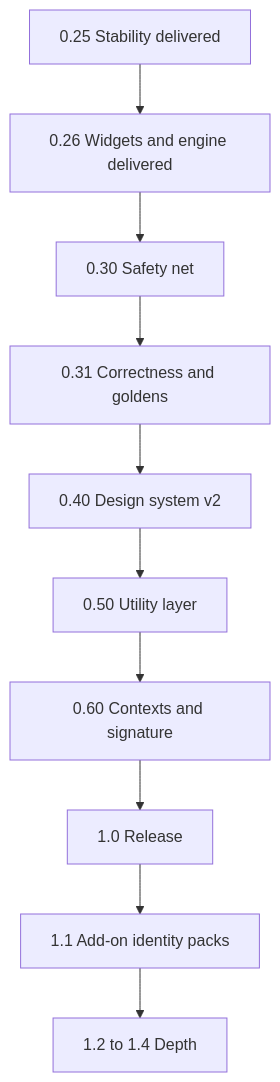
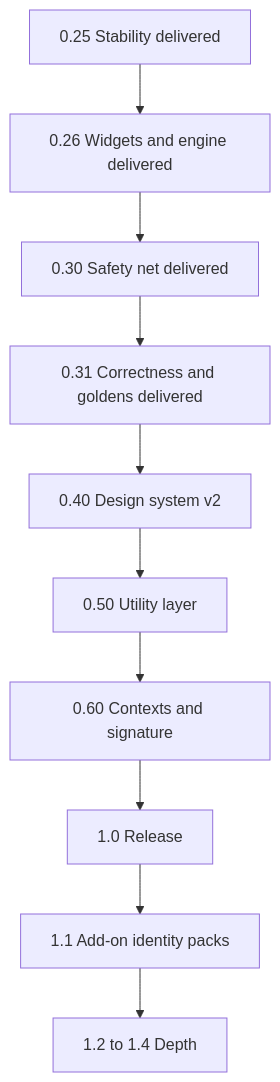
The diagram in logics/roadmap/road_001_archeotech_shell.md (Nicolas-Rigaudy/archeotech-dotfiles), drawn with Mermaid before and after one commit. The commit also changed other lines of this file, not shown here.

Commit message:
docs(roadmap): mark 0.30 and 0.31 delivered

````diff
--- a/logics/roadmap/road_001_archeotech_shell.md
+++ b/logics/roadmap/road_001_archeotech_shell.md
@@ -18,14 +18,14 @@
 ```mermaid
 flowchart TD
   A[0.25 Stability delivered]
   B[0.26 Widgets and engine delivered]
-  C[0.30 Safety net]
-  D[0.31 Correctness and goldens]
+  C[0.30 Safety net delivered]
+  D[0.31 Correctness and goldens delivered]
   E[0.40 Design system v2]
   F[0.50 Utility layer]
   G[0.60 Contexts and signature]
   H[1.0 Release]
   I[1.1 Add-on identity packs]
   J[1.2 to 1.4 Depth]
   A --> B --> C --> D --> E --> F --> G --> H --> I --> J
 ```
````
